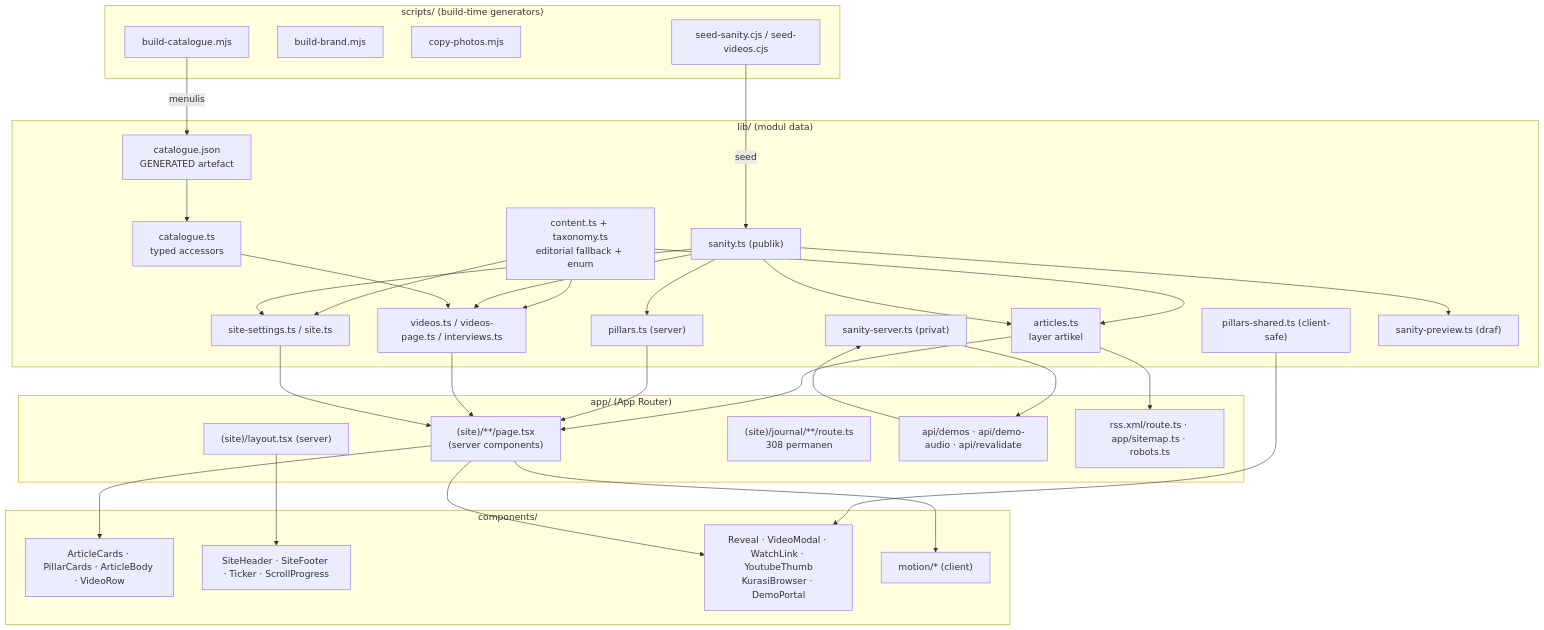
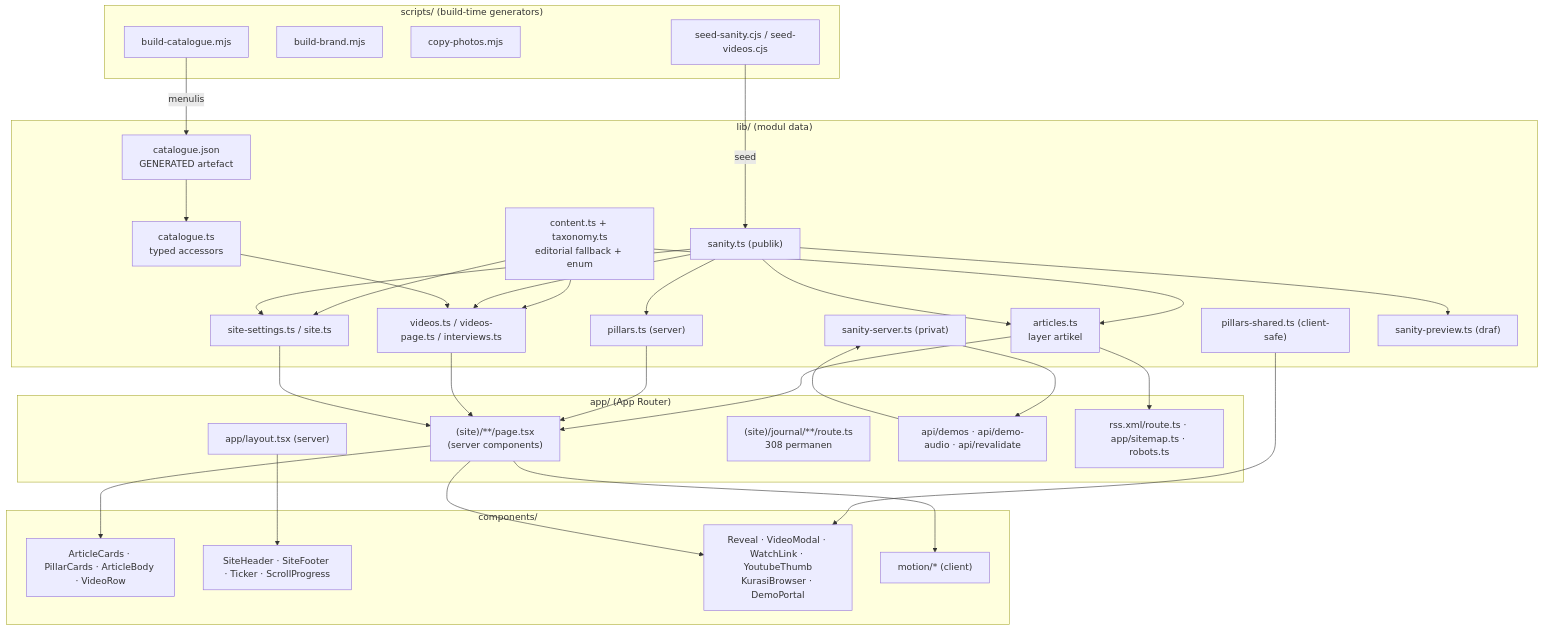
One commit to albiruby/melodialam-website changed the third of 6 diagrams in docs/ARCHITECTURE.md. Above: the diagram before and after it, drawn with Mermaid. The commit also changed other lines of this file and 18 other files, not shown here.

````diff
--- a/docs/ARCHITECTURE.md
+++ b/docs/ARCHITECTURE.md
@@ -276,63 +276,63 @@
 ```mermaid
 graph TB
   subgraph scripts["scripts/ (build-time generators)"]
     bc["build-catalogue.mjs"]
     bb["build-brand.mjs"]
     cp["copy-photos.mjs"]
     ss["seed-sanity.cjs / seed-videos.cjs"]
   end
 
   subgraph lib["lib/ (modul data)"]
     content["content.ts + taxonomy.ts<br/>editorial fallback + enum"]
     articles["articles.ts<br/>layer artikel"]
     pillars["pillars.ts (server)"]
     pshared["pillars-shared.ts (client-safe)"]
     videos["videos.ts / videos-page.ts / interviews.ts"]
     settings["site-settings.ts / site.ts"]
     sanity["sanity.ts (publik)"]
     sserver["sanity-server.ts (privat)"]
     spreview["sanity-preview.ts (draf)"]
     catjson["catalogue.json<br/>GENERATED artefact"]
     catts["catalogue.ts<br/>typed accessors"]
   end
 
   subgraph app["app/ (App Router)"]
-    layout["(site)/layout.tsx (server)"]
+    layout["app/layout.tsx (server)"]
     pages["(site)/**/page.tsx<br/>(server components)"]
     redirect["(site)/journal/**/route.ts<br/>308 permanen"]
     api["api/demos · api/demo-audio · api/revalidate"]
     feed["rss.xml/route.ts · app/sitemap.ts · robots.ts"]
   end
 
   subgraph comp["components/"]
     cards["ArticleCards · PillarCards · ArticleBody · VideoRow"]
     shell["SiteHeader · SiteFooter · Ticker · ScrollProgress"]
     client["Reveal · VideoModal · WatchLink · YoutubeThumb<br/>KurasiBrowser · DemoPortal"]
     motionc["motion/* (client)"]
   end
 
   bc -->|"menulis"| catjson
   catjson --> catts
   content --> articles
   content --> settings
   content --> videos
   sanity --> articles
   sanity --> pillars
   sanity --> videos
   sanity --> settings
   sanity --> spreview
   sserver --> api
   catts --> videos
   articles --> pages
   pillars --> pages
   videos --> pages
   settings --> pages
   pshared --> client
   articles --> feed
   pages --> cards
   pages --> client
   pages --> motionc
   layout --> shell
   api --> sserver
   ss -->|"seed"| sanity
 ```
````
